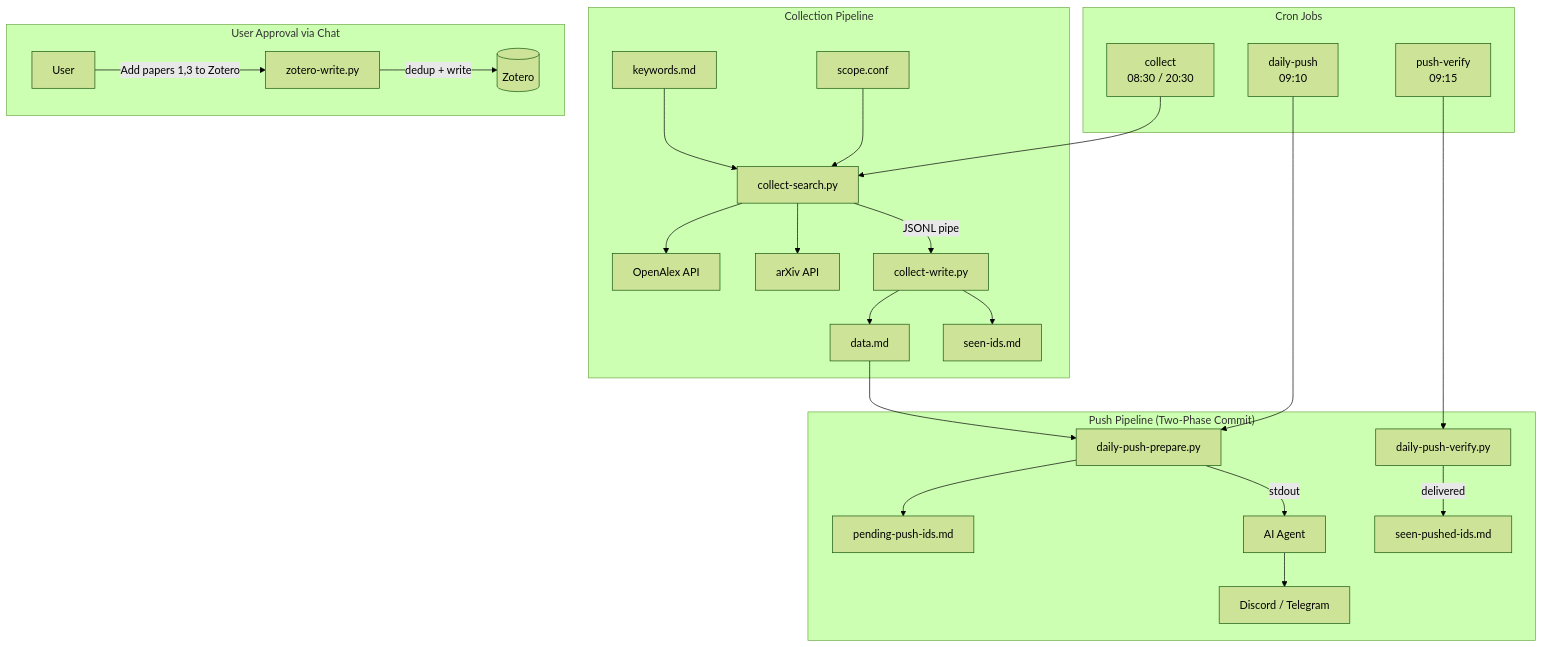
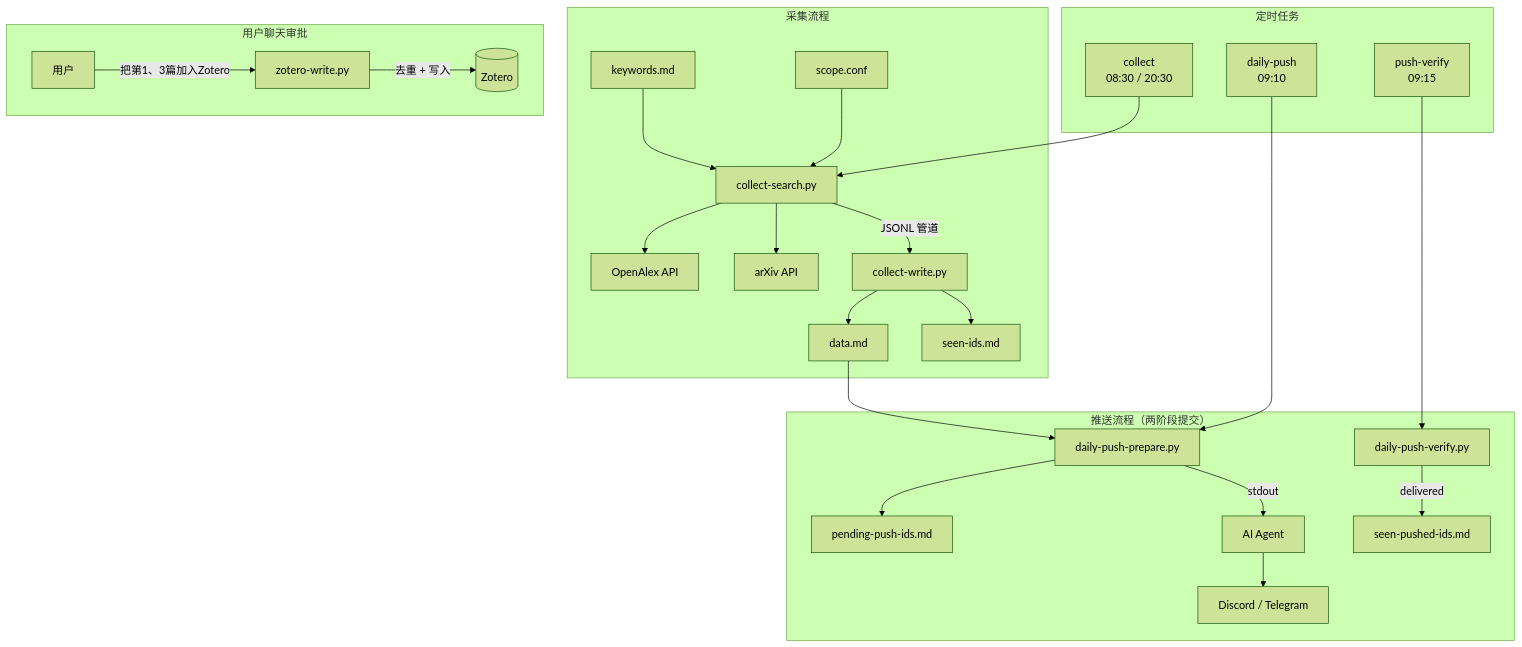
Before and after one commit to hjnnjh/scholar-beacon: the diagram in README.md, drawn with Mermaid (forest theme). The commit also changed other lines of this file and 3 other files, not shown here.

````diff
--- a/README.md
+++ b/README.md
@@ -29,35 +33,35 @@
 ```mermaid
 flowchart TB
-    subgraph cron["Cron Jobs"]
+    subgraph cron["定时任务"]
         C1["collect<br/>08:30 / 20:30"]
         C2["daily-push<br/>09:10"]
         C3["push-verify<br/>09:15"]
     end
 
-    subgraph collect["Collection Pipeline"]
+    subgraph collect["采集流程"]
         KW["keywords.md"] --> CS["collect-search.py"]
         SCOPE["scope.conf"] --> CS
         CS --> OA["OpenAlex API"]
         CS --> AX["arXiv API"]
-        CS -->|JSONL pipe| CW["collect-write.py"]
+        CS -->|JSONL 管道| CW["collect-write.py"]
         CW --> DATA["data.md"]
         CW --> SEEN["seen-ids.md"]
     end
 
-    subgraph push["Push Pipeline (Two-Phase Commit)"]
+    subgraph push["推送流程（两阶段提交）"]
         DATA --> PP["daily-push-prepare.py"]
         PP --> PENDING["pending-push-ids.md"]
         PP -->|stdout| AGENT["AI Agent"]
         AGENT --> MSG["Discord / Telegram"]
         PV["daily-push-verify.py"] -->|delivered| PUSHED["seen-pushed-ids.md"]
     end
 
-    subgraph manual["User Approval via Chat"]
-        USER["User"] -->|"Add papers 1,3 to Zotero"| ZW["zotero-write.py"]
-        ZW -->|dedup + write| ZOTERO[("Zotero")]
+    subgraph manual["用户聊天审批"]
+        USER["用户"] -->|"把第1、3篇加入Zotero"| ZW["zotero-write.py"]
+        ZW -->|去重 + 写入| ZOTERO[("Zotero")]
     end
 
     C1 --> CS
     C2 --> PP
     C3 --> PV
 ```
````
